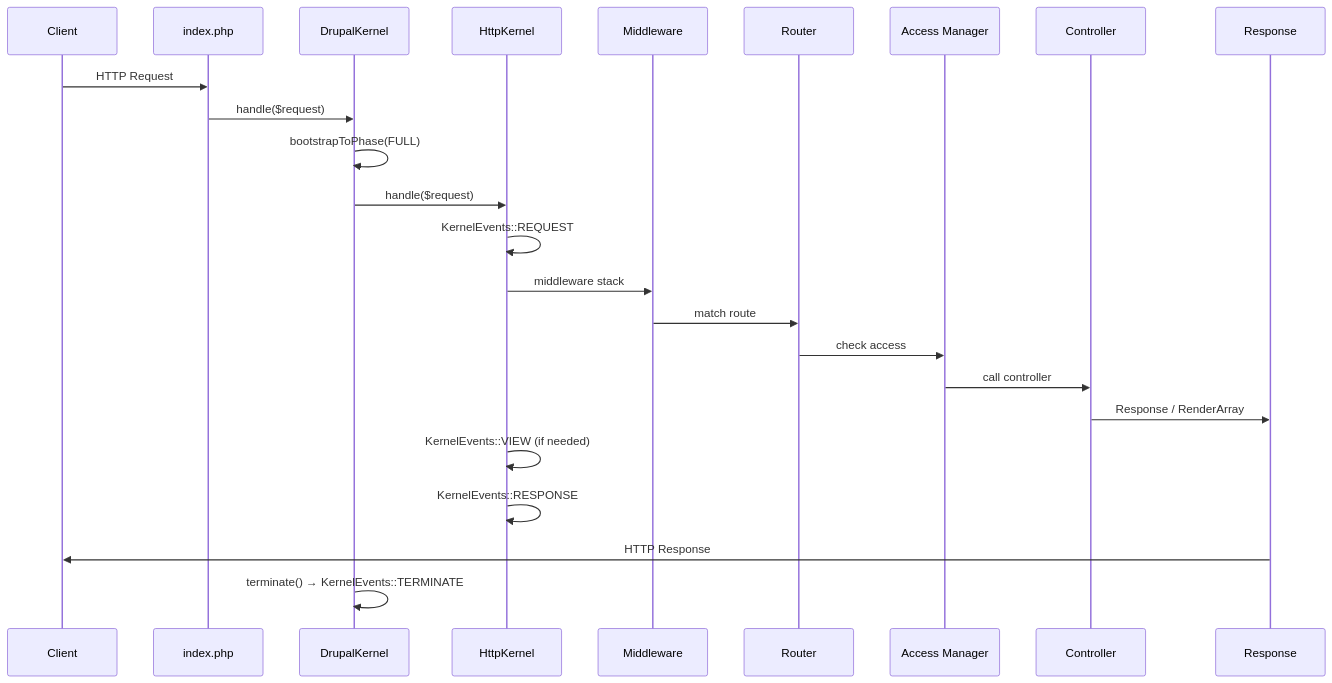
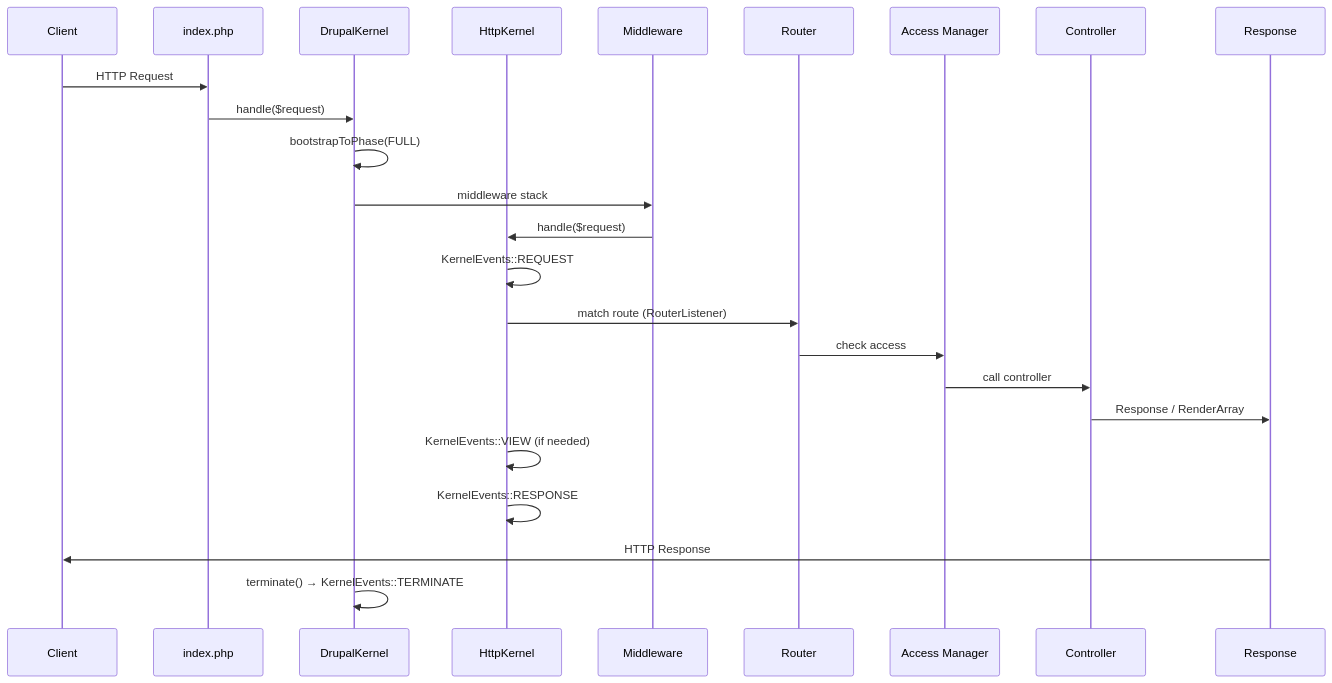
Before and after one commit to amitmaity/drupal-docs: the first of 4 diagrams in docs/internals/request-lifecycle.md, drawn with Mermaid. The commit also changed other lines of this file and 83 other files, not shown here.

````diff
--- a/docs/internals/request-lifecycle.md
+++ b/docs/internals/request-lifecycle.md
@@ -7,27 +7,27 @@
 ```mermaid
 sequenceDiagram
     participant C as Client
     participant IP as index.php
     participant DK as DrupalKernel
     participant HK as HttpKernel
     participant MW as Middleware
     participant RT as Router
     participant AC as Access Manager
     participant CT as Controller
     participant RS as Response
 
     C->>IP: HTTP Request
     IP->>DK: handle($request)
     DK->>DK: bootstrapToPhase(FULL)
-    DK->>HK: handle($request)
+    DK->>MW: middleware stack
+    MW->>HK: handle($request)
     HK->>HK: KernelEvents::REQUEST
-    HK->>MW: middleware stack
-    MW->>RT: match route
+    HK->>RT: match route (RouterListener)
     RT->>AC: check access
     AC->>CT: call controller
     CT->>RS: Response / RenderArray
     HK->>HK: KernelEvents::VIEW (if needed)
     HK->>HK: KernelEvents::RESPONSE
     RS->>C: HTTP Response
     DK->>DK: terminate() → KernelEvents::TERMINATE
 ```
````
